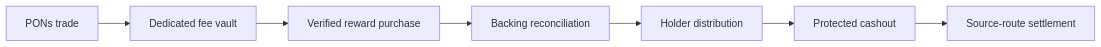
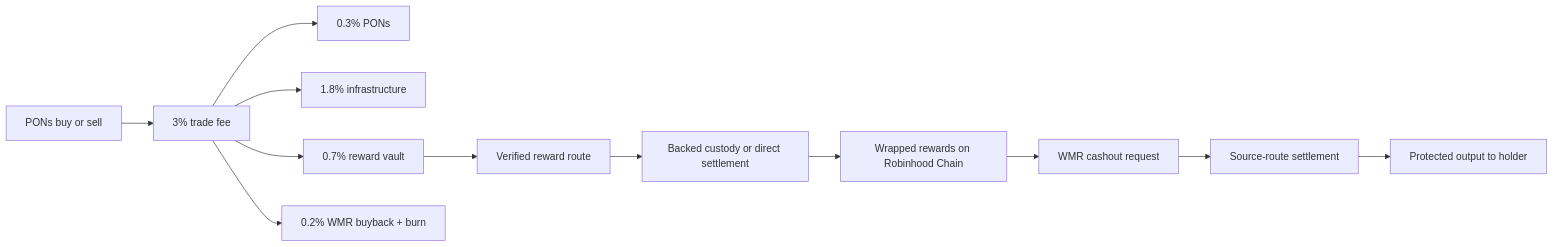
One commit to wmrdesks/wmr-desks changed the diagram in README.md. Above: the diagram before and after it, drawn with Mermaid.

Commit message:
Show the full architecture on the front page

````diff
--- a/README.md
+++ b/README.md
@@ -29,9 +29,14 @@
 ```mermaid
 flowchart LR
-    A[PONs trade] --> B[Dedicated fee vault]
-    B --> C[Verified reward purchase]
-    C --> D[Backing reconciliation]
-    D --> E[Holder distribution]
-    E --> F[Protected cashout]
-    F --> G[Source-route settlement]
+    T[PONs buy or sell] --> F[3% trade fee]
+    F --> P[0.3% PONs]
+    F --> I[1.8% infrastructure]
+    F --> R[0.7% reward vault]
+    F --> B[0.2% WMR buyback + burn]
+    R --> Q[Verified reward route]
+    Q --> C[Backed custody or direct settlement]
+    C --> W[Wrapped rewards on Robinhood Chain]
+    W --> X[WMR cashout request]
+    X --> S[Source-route settlement]
+    S --> U[Protected output to holder]
 ```
````
